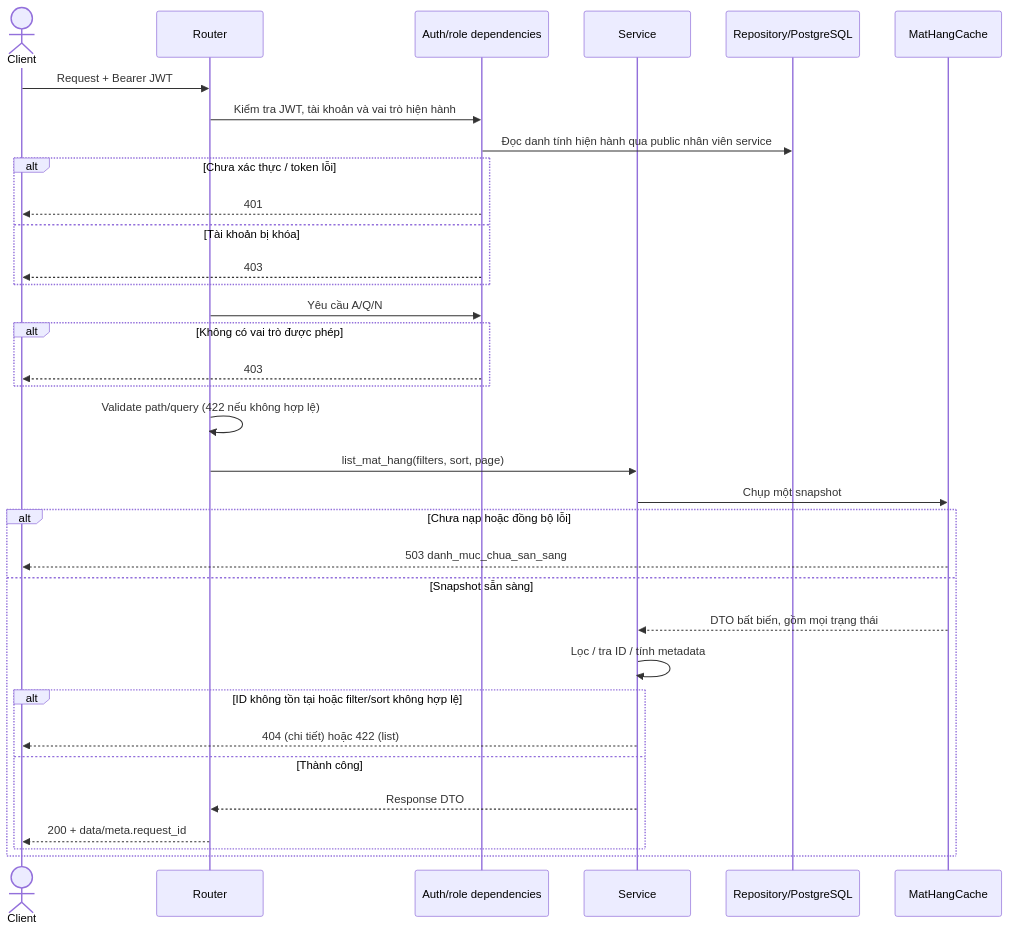
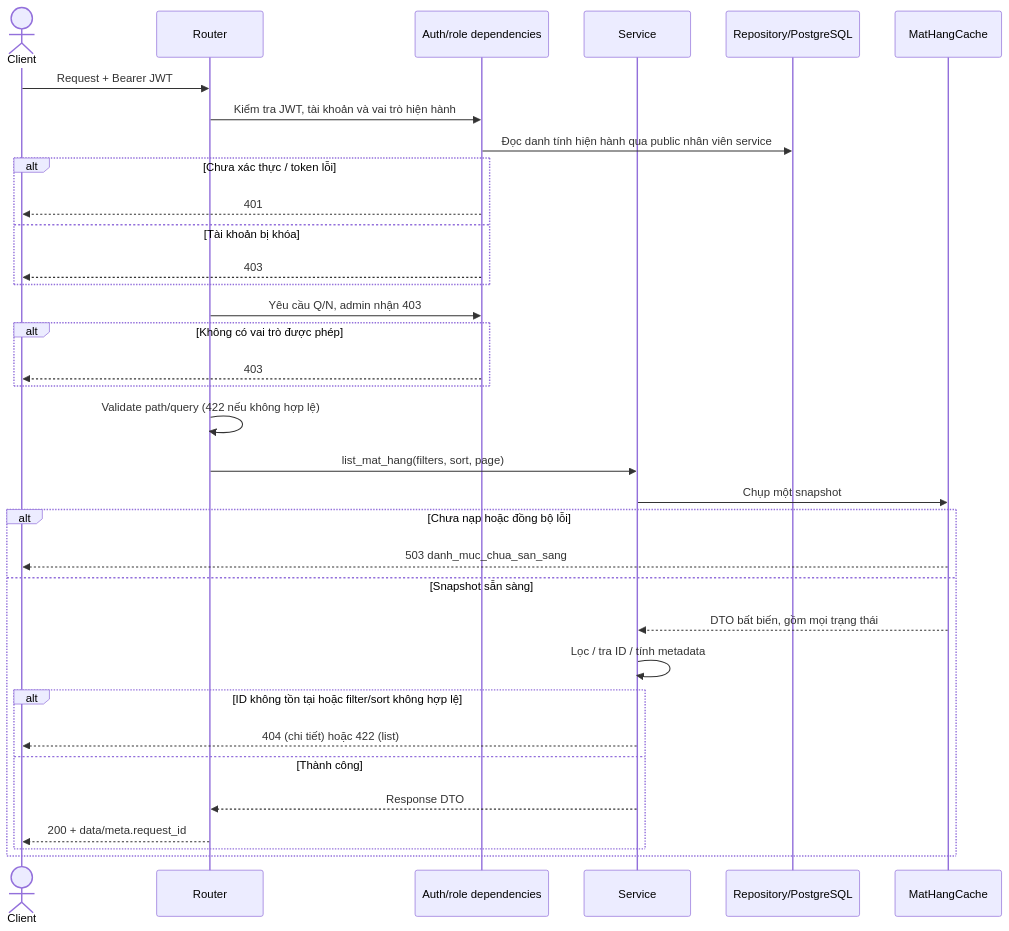
Before and after one commit to thanhklt/xbike-mrp-system: the second of 7 diagrams in docs/sequence/mat_hang.md, drawn with Mermaid. The commit also changed other lines of this file and 22 other files, not shown here.

````diff
--- a/docs/sequence/mat_hang.md
+++ b/docs/sequence/mat_hang.md
@@ -52,36 +52,36 @@
 ```mermaid
 sequenceDiagram
 actor C as Client
     participant R as Router
     participant A as Auth/role dependencies
     participant S as Service
     participant D as Repository/PostgreSQL
     C->>R: Request + Bearer JWT
     R->>A: Kiểm tra JWT, tài khoản và vai trò hiện hành
     A->>D: Đọc danh tính hiện hành qua public nhân viên service
     alt Chưa xác thực / token lỗi
         A-->>C: 401
     else Tài khoản bị khóa
         A-->>C: 403
     end
-    R->>A: Yêu cầu A/Q/N
+    R->>A: Yêu cầu Q/N, admin nhận 403
     alt Không có vai trò được phép
         A-->>C: 403
     end
     R->>R: Validate path/query (422 nếu không hợp lệ)
     R->>S: list_mat_hang(filters, sort, page)
     participant K as MatHangCache
     S->>K: Chụp một snapshot
     alt Chưa nạp hoặc đồng bộ lỗi
         K-->>C: 503 danh_muc_chua_san_sang
     else Snapshot sẵn sàng
         K-->>S: DTO bất biến, gồm mọi trạng thái
         S->>S: Lọc / tra ID / tính metadata
         alt ID không tồn tại hoặc filter/sort không hợp lệ
             S-->>C: 404 (chi tiết) hoặc 422 (list)
         else Thành công
             S-->>R: Response DTO
             R-->>C: 200 + data/meta.request_id
         end
     end
 ```
````
